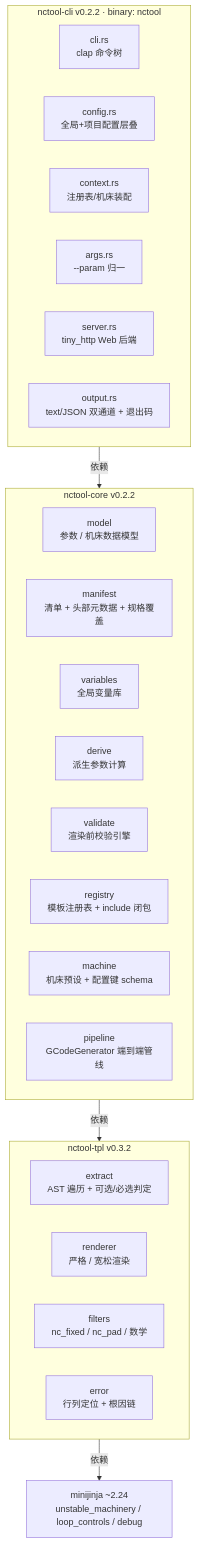
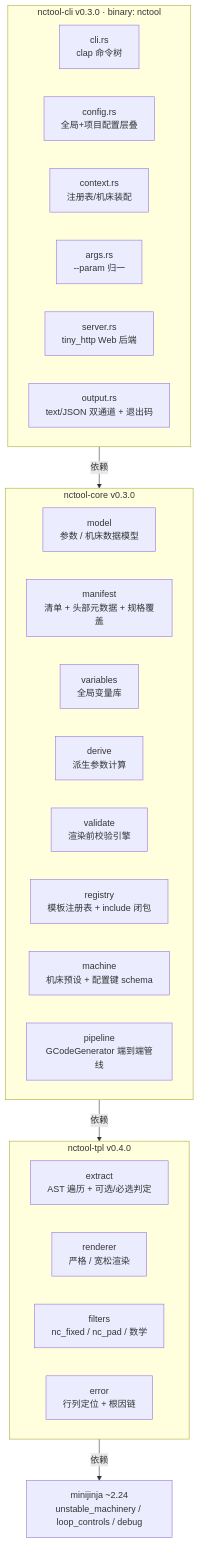
Before and after one commit to lzg9698-code/nctool-tpl: the first of 4 diagrams in docs/SYSTEM_DESIGN.md, drawn with Mermaid. The commit also changed other lines of this file and 8 other files, not shown here.

````diff
--- a/docs/SYSTEM_DESIGN.md
+++ b/docs/SYSTEM_DESIGN.md
@@ -54,35 +54,35 @@
 ```mermaid
 graph TD
-    subgraph CLI["nctool-cli v0.2.2 · binary: nctool"]
+    subgraph CLI["nctool-cli v0.3.0 · binary: nctool"]
         C1[cli.rs<br/>clap 命令树]
         C2[config.rs<br/>全局+项目配置层叠]
         C3[context.rs<br/>注册表/机床装配]
         C4[args.rs<br/>--param 归一]
         C5[server.rs<br/>tiny_http Web 后端]
         C6[output.rs<br/>text/JSON 双通道 + 退出码]
     end
 
-    subgraph CORE["nctool-core v0.2.2"]
+    subgraph CORE["nctool-core v0.3.0"]
         R1[model<br/>参数 / 机床数据模型]
         R2[manifest<br/>清单 + 头部元数据 + 规格覆盖]
         R3[variables<br/>全局变量库]
         R4[derive<br/>派生参数计算]
         R5[validate<br/>渲染前校验引擎]
         R6[registry<br/>模板注册表 + include 闭包]
         R7[machine<br/>机床预设 + 配置键 schema]
         R8[pipeline<br/>GCodeGenerator 端到端管线]
     end
 
-    subgraph TPL["nctool-tpl v0.3.2"]
+    subgraph TPL["nctool-tpl v0.4.0"]
         T1[extract<br/>AST 遍历 + 可选/必选判定]
         T2[renderer<br/>严格 / 宽松渲染]
         T3[filters<br/>nc_fixed / nc_pad / 数学]
         T4[error<br/>行列定位 + 根因链]
     end
 
     MJ[minijinja ~2.24<br/>unstable_machinery / loop_controls / debug]
 
     CLI -->|依赖| CORE
     CORE -->|依赖| TPL
     TPL -->|依赖| MJ
 ```
````
